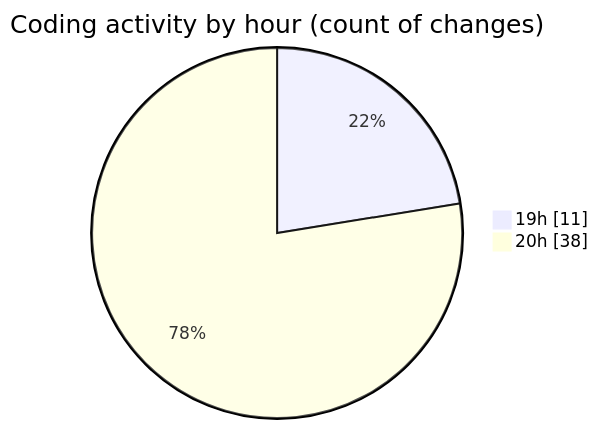
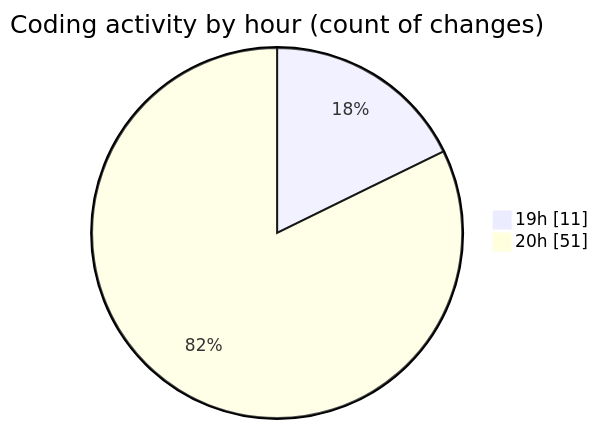
Before and after one commit to Netris89/code-tracking: the second of 2 diagrams in 2025-04-03/back-end/README.md, drawn with Mermaid. The commit also changed other lines of this file and 1 other file, not shown here.

````diff
--- a/2025-04-03/back-end/README.md
+++ b/2025-04-03/back-end/README.md
@@ -30,6 +30,6 @@
 ```mermaid
 pie showData
 title Coding activity by hour (count of changes)
 "19h" : 11
-"20h" : 38
+"20h" : 51
 ```
````
